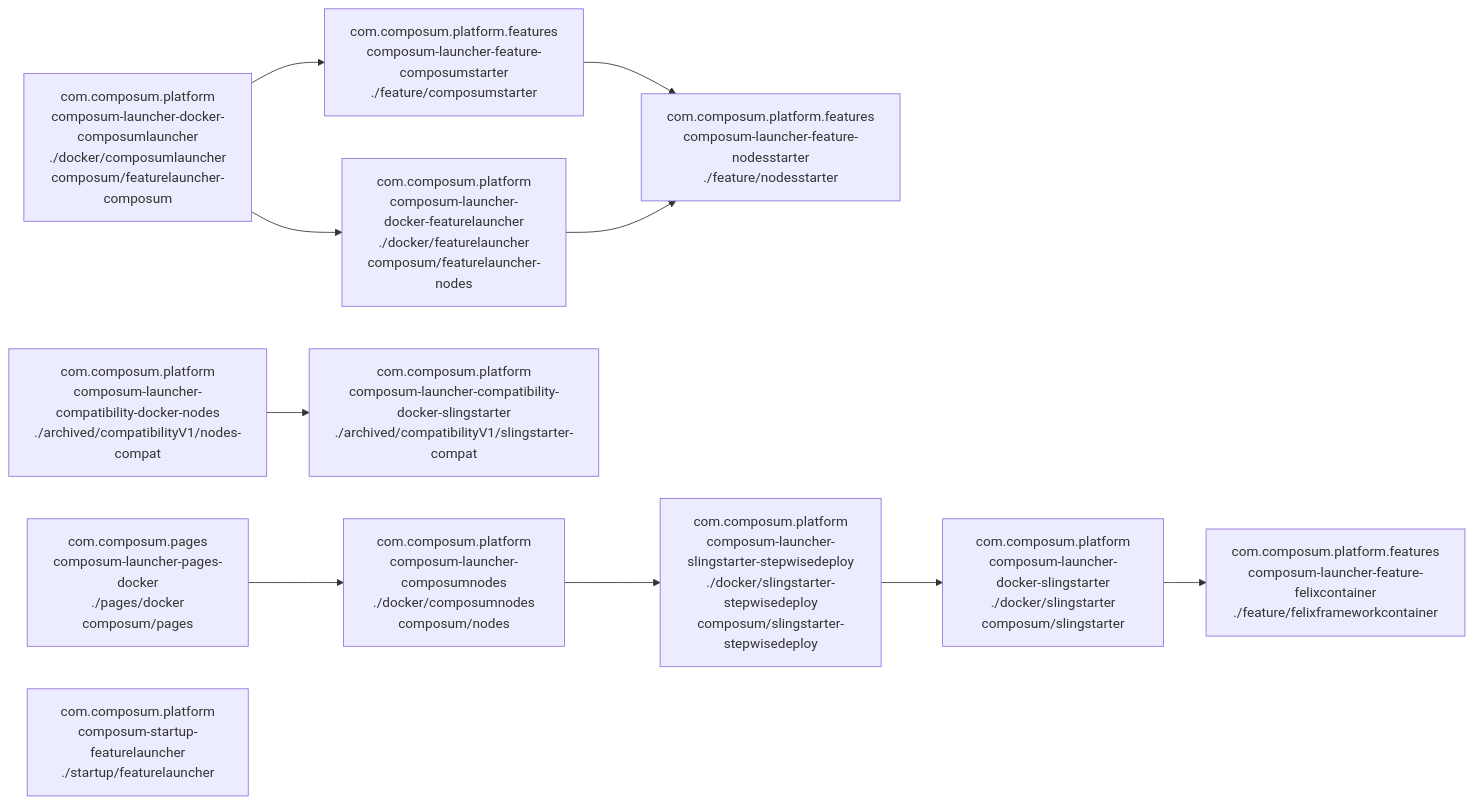
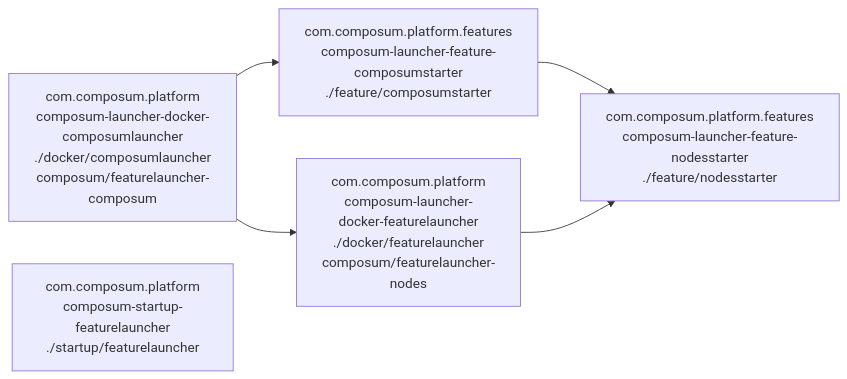
One commit to ist-dresden/composum-launch changed the second of 2 diagrams in Modules.md. Above: the diagram before and after it, drawn with Mermaid. The commit also changed other lines of this file and 9 other files, not shown here.

````diff
--- a/Modules.md
+++ b/Modules.md
@@ -27,17 +27,9 @@
 ```mermaid
 graph LR
-  A["com.composum.pages\ncomposum-launcher-pages-docker\n./pages/docker\ncomposum/pages"]
-  A --> C["com.composum.platform\ncomposum-launcher-composumnodes\n./docker/composumnodes\ncomposum/nodes"]
   D["com.composum.platform.features\ncomposum-launcher-feature-composumstarter\n./feature/composumstarter"]
   D --> E["com.composum.platform.features\ncomposum-launcher-feature-nodesstarter\n./feature/nodesstarter"]
-  F["com.composum.platform\ncomposum-launcher-compatibility-docker-nodes\n./archived/compatibilityV1/nodes-compat"]
-  F --> G["com.composum.platform\ncomposum-launcher-compatibility-docker-slingstarter\n./archived/compatibilityV1/slingstarter-compat"]
-  C --> H["com.composum.platform\ncomposum-launcher-slingstarter-stepwisedeploy\n./docker/slingstarter-stepwisedeploy\ncomposum/slingstarter-stepwisedeploy"]
   I["com.composum.platform\ncomposum-launcher-docker-composumlauncher\n./docker/composumlauncher\ncomposum/featurelauncher-composum"] --> D
   I --> J["com.composum.platform\ncomposum-launcher-docker-featurelauncher\n./docker/featurelauncher\ncomposum/featurelauncher-nodes"]
   J --> E
-  K["com.composum.platform\ncomposum-launcher-docker-slingstarter\n./docker/slingstarter\ncomposum/slingstarter"]
-  K --> L["com.composum.platform.features\ncomposum-launcher-feature-felixcontainer\n./feature/felixframeworkcontainer"]
-  H --> K
   M["com.composum.platform\ncomposum-startup-featurelauncher\n./startup/featurelauncher"]
 ```
````
